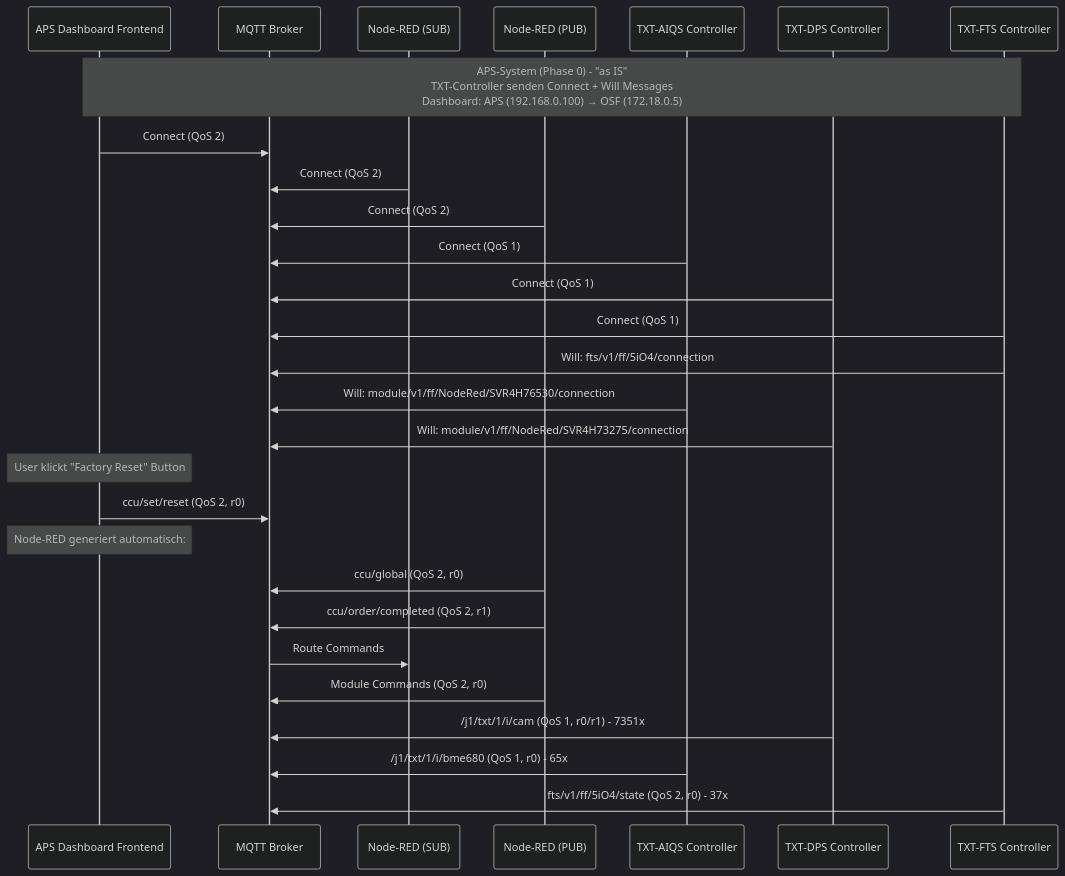
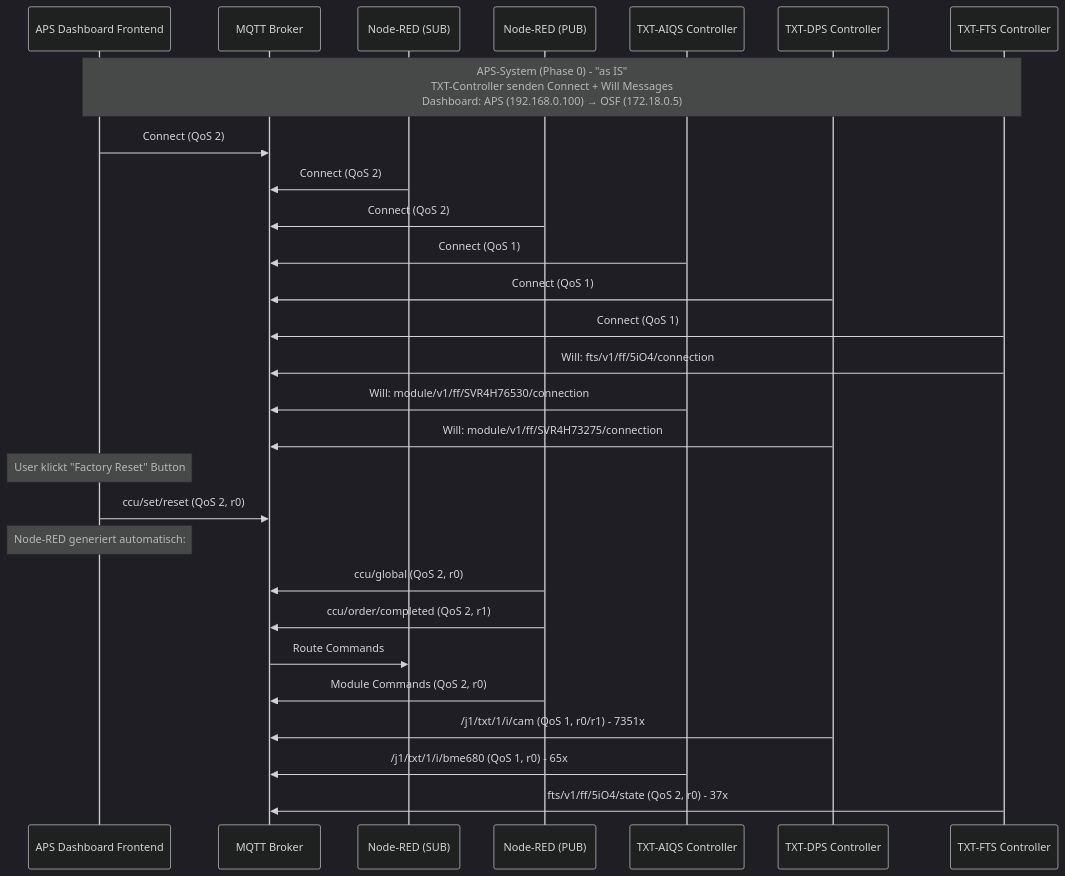
One commit to OliverBerger-ORBIS/ORBIS-Modellfabrik changed the second of 3 diagrams in docs/06-integrations/APS-Ecosystem/system-overview.md. Above: the diagram before and after it, drawn with Mermaid (dark theme). The commit also changed other lines of this file and 9 other files, not shown here.

````diff
--- a/docs/06-integrations/APS-Ecosystem/system-overview.md
+++ b/docs/06-integrations/APS-Ecosystem/system-overview.md
@@ -84,41 +86,41 @@
 ```mermaid
 sequenceDiagram
     participant DASHBOARD as APS Dashboard Frontend
     participant MQTT_BROKER as MQTT Broker
     participant NODERED_SUB as Node-RED (SUB)
     participant NODERED_PUB as Node-RED (PUB)
     participant TXT_AIQS as TXT-AIQS Controller
     participant TXT_DPS as TXT-DPS Controller
     participant TXT_FTS as TXT-FTS Controller
     
     Note over DASHBOARD,TXT_FTS: APS-System (Phase 0) - "as IS"<br/>TXT-Controller senden Connect + Will Messages<br/>Dashboard: APS (192.168.0.100) → OSF (172.18.0.5)
     
     %% Initiale Verbindungen
     DASHBOARD->>MQTT_BROKER: Connect (QoS 2)
     NODERED_SUB->>MQTT_BROKER: Connect (QoS 2)
     NODERED_PUB->>MQTT_BROKER: Connect (QoS 2)
     TXT_AIQS->>MQTT_BROKER: Connect (QoS 1)
     TXT_DPS->>MQTT_BROKER: Connect (QoS 1)
     TXT_FTS->>MQTT_BROKER: Connect (QoS 1)
     
     %% Will Messages (Connection Status)
     TXT_FTS->>MQTT_BROKER: Will: fts/v1/ff/5iO4/connection
-    TXT_AIQS->>MQTT_BROKER: Will: module/v1/ff/NodeRed/SVR4H76530/connection
-    TXT_DPS->>MQTT_BROKER: Will: module/v1/ff/NodeRed/SVR4H73275/connection
+    TXT_AIQS->>MQTT_BROKER: Will: module/v1/ff/SVR4H76530/connection
+    TXT_DPS->>MQTT_BROKER: Will: module/v1/ff/SVR4H73275/connection
     
     %% UI-Interaktionen (16:25:37)
     Note over DASHBOARD: User klickt "Factory Reset" Button
     DASHBOARD->>MQTT_BROKER: ccu/set/reset (QoS 2, r0)
     Note over DASHBOARD: Node-RED generiert automatisch:
     NODERED_PUB->>MQTT_BROKER: ccu/global (QoS 2, r0)
     NODERED_PUB->>MQTT_BROKER: ccu/order/completed (QoS 2, r1)
     
     %% Node-RED Processing
     MQTT_BROKER->>NODERED_SUB: Route Commands
     NODERED_PUB->>MQTT_BROKER: Module Commands (QoS 2, r0)
     
     %% TXT-Controller Telemetry
     TXT_DPS->>MQTT_BROKER: /j1/txt/1/i/cam (QoS 1, r0/r1) - 7351x
     TXT_AIQS->>MQTT_BROKER: /j1/txt/1/i/bme680 (QoS 1, r0) - 65x
     TXT_FTS->>MQTT_BROKER: fts/v1/ff/5iO4/state (QoS 2, r0) - 37x
 ```
````
